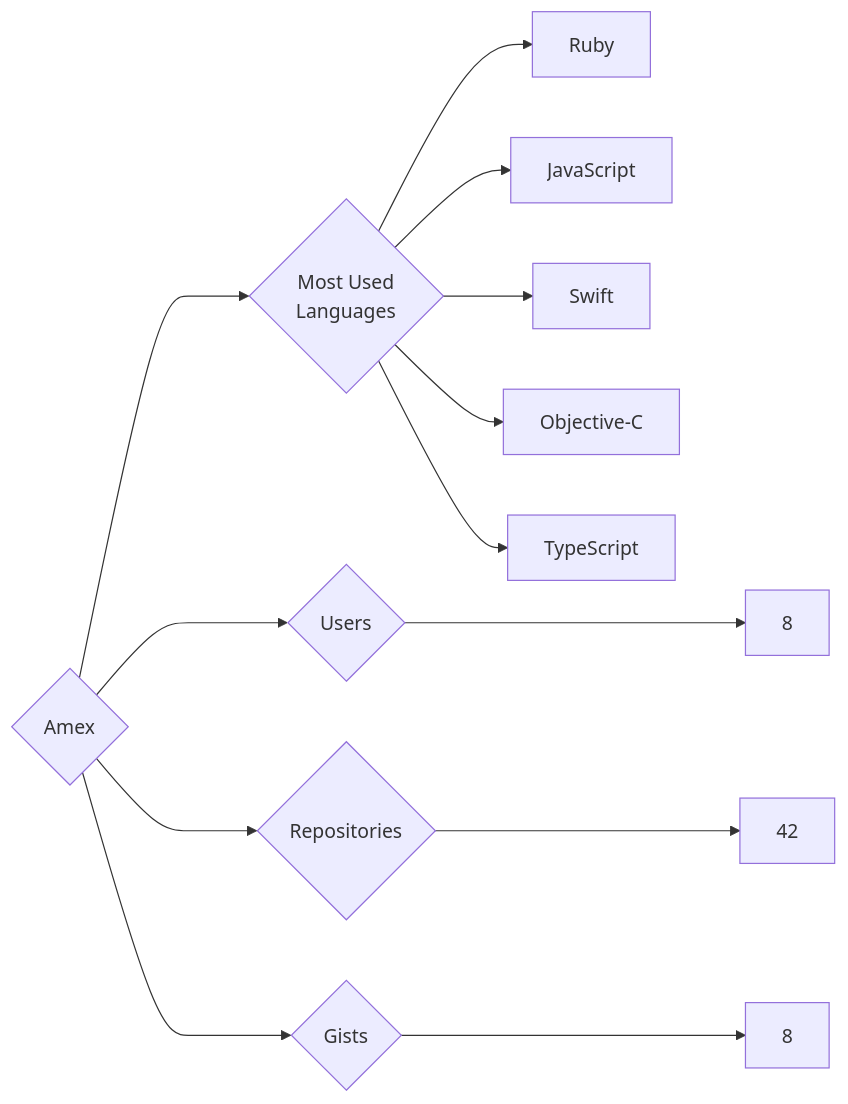
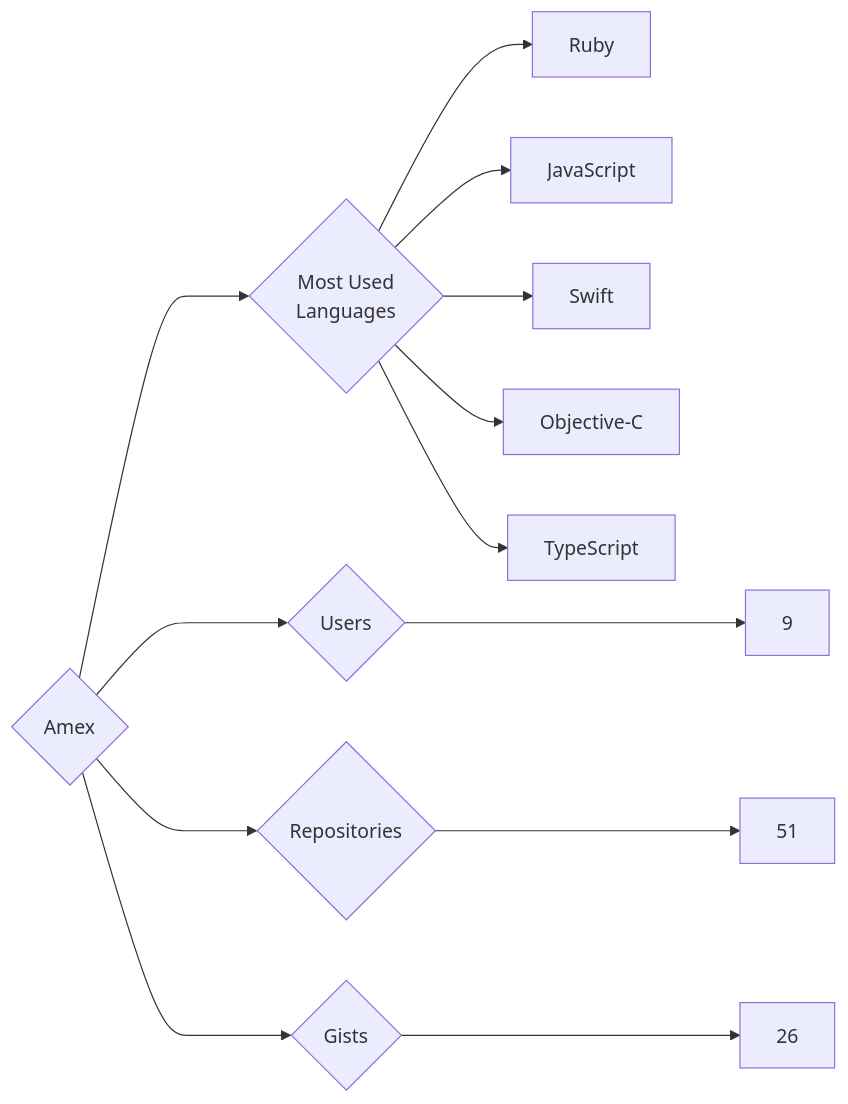
The diagram in targets/Amex/README.md (trickest/insiders), drawn with Mermaid before and after one commit. The commit also changed 1084 other files, not shown here.

````diff
--- a/targets/Amex/README.md
+++ b/targets/Amex/README.md
@@ -3,13 +3,13 @@
 ```mermaid
 graph LR
 COMPANY_NAME{Amex}
-COMPANY_NAME ---> U{Users} ---> UN[8]
-COMPANY_NAME ---> R{Repositories} ---> RN[42]
-COMPANY_NAME ---> G{Gists} ---> GN[8]
+COMPANY_NAME ---> U{Users} ---> UN[9]
+COMPANY_NAME ---> R{Repositories} ---> RN[51]
+COMPANY_NAME ---> G{Gists} ---> GN[26]
 COMPANY_NAME ---> ML{Most Used<br>Languages}
 ML --> Ruby[Ruby]
 ML --> JavaScript[JavaScript]
 ML --> Swift[Swift]
 ML --> Objective-C[Objective-C]
 ML --> TypeScript[TypeScript]
 ```
````
